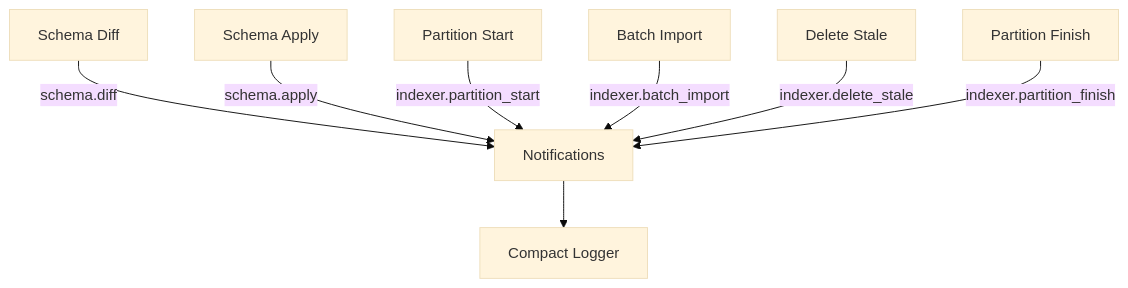
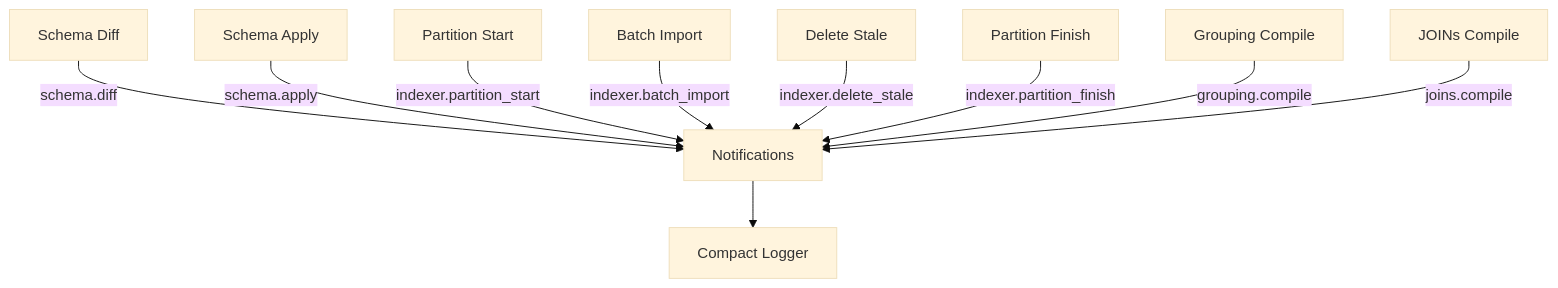
One commit to lstpsche/typesense-search-engine changed the first of 2 diagrams in docs/observability.md. Above: the diagram before and after it, drawn with Mermaid (base theme). The commit also changed other lines of this file and 6 other files, not shown here.

First line of the commit message:
feat(grouping): add compile instrumentation and logging summary

````diff
--- a/docs/observability.md
+++ b/docs/observability.md
@@ -106,10 +96,12 @@
 ```mermaid
 flowchart TD
   A[Schema Diff] -->|schema.diff| N[Notifications]
   B[Schema Apply] -->|schema.apply| N
   C[Partition Start] -->|indexer.partition_start| N
   D[Batch Import] -->|indexer.batch_import| N
   E[Delete Stale] -->|indexer.delete_stale| N
   C2[Partition Finish] -->|indexer.partition_finish| N
+  G[Grouping Compile] -->|grouping.compile| N
+  J[JOINs Compile] -->|joins.compile| N
   N --> L[Compact Logger]
 ```
````
